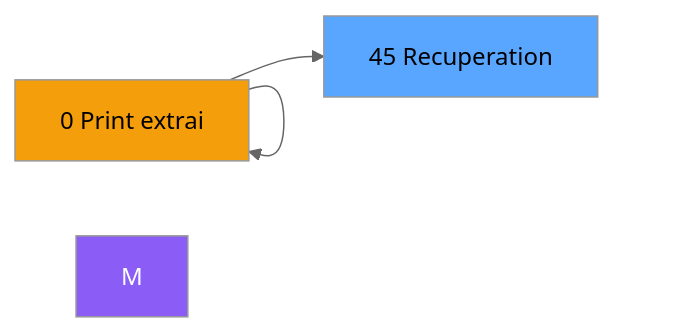
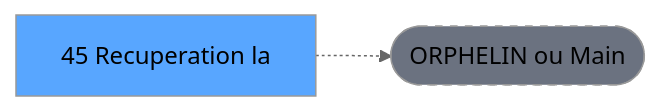
Before and after one commit to thonyAGP/lecteur-magic: the second of 3 diagrams in .openspec/renders/ADH-IDE-45.md, drawn with Mermaid (neutral theme). The commit also changed other lines of this file and 701 other files, not shown here.

````diff
--- a/.openspec/renders/ADH-IDE-45.md
+++ b/.openspec/renders/ADH-IDE-45.md
@@ -117,21 +117,8 @@
 ```mermaid
 graph LR
-    N0[0 Histo ventes]
-    N0[0 Histo ventes]
-    N0[0 Transaction ]
-    N0[0 Histo ventes]
-    N0[0 Print extrai]
-    T[45 Recuperation]
-    N0 --> N0
-    N0 --> N0
-    N0 --> N0
-    N0 --> N0
-    N0 --> T
-    style M fill:#8b5cf6,color:#fff
-    style N0 fill:#f59e0b
-    style N0 fill:#f59e0b
-    style N0 fill:#f59e0b
-    style N0 fill:#f59e0b
-    style N0 fill:#f59e0b
+    T[45 Recuperation la]
+    ORPHAN([ORPHELIN ou Main])
+    T -.-> ORPHAN
     style T fill:#58a6ff,color:#000
+    style ORPHAN fill:#6b7280,stroke-dasharray: 5 5
 ```
````
